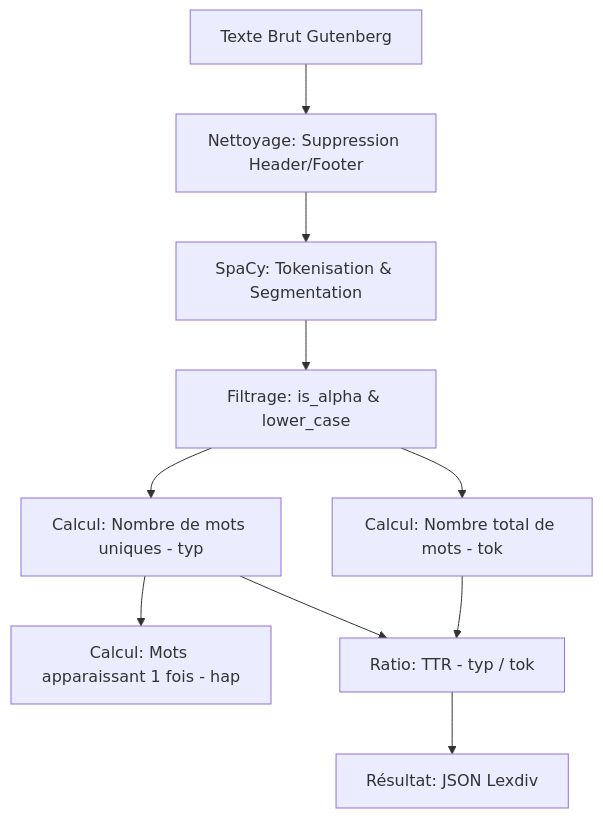
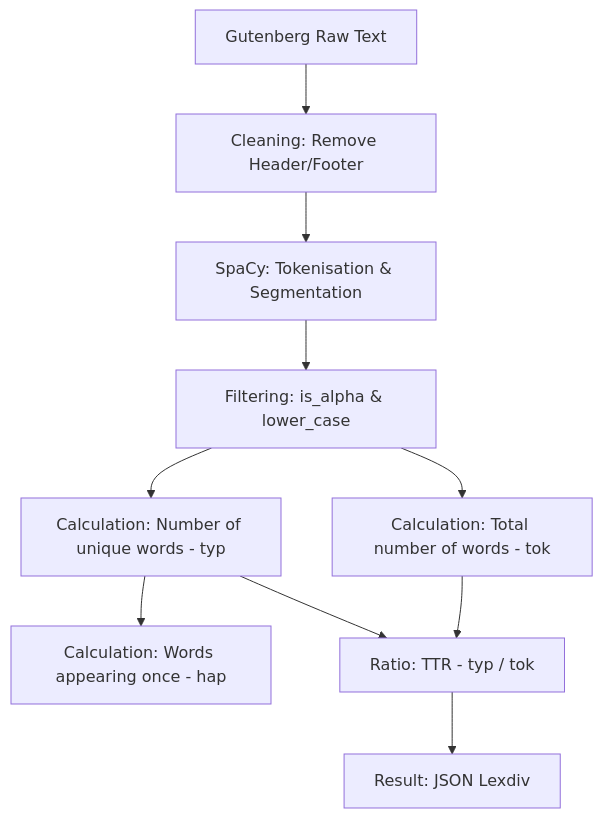
Before and after one commit to MeghCH/ALice-in-wonderland: the diagram in docs/lexdiv.md, drawn with Mermaid. The commit also changed 2 other files, not shown here.

Commit message:
fix languages

````diff
--- a/docs/lexdiv.md
+++ b/docs/lexdiv.md
@@ -1,11 +1,11 @@
 ```mermaid
 flowchart TD
-    A[Texte Brut Gutenberg] --> B[Nettoyage: Suppression Header/Footer]
+    A[Gutenberg Raw Text] --> B[Cleaning: Remove Header/Footer]
     B --> C[SpaCy: Tokenisation & Segmentation]
-    C --> D[Filtrage: is_alpha & lower_case]
-    D --> E[Calcul: Nombre total de mots - tok]
-    D --> F[Calcul: Nombre de mots uniques - typ]
-    F --> G[Calcul: Mots apparaissant 1 fois - hap]
+    C --> D[Filtering: is_alpha & lower_case]
+    D --> E[Calculation: Total number of words - tok]
+    D --> F[Calculation: Number of unique words - typ]
+    F --> G[Calculation: Words appearing once - hap]
     E & F --> H[Ratio: TTR - typ / tok]
-    H --> I[Résultat: JSON Lexdiv]
+    H --> I[Result: JSON Lexdiv]
 ``` 
````
